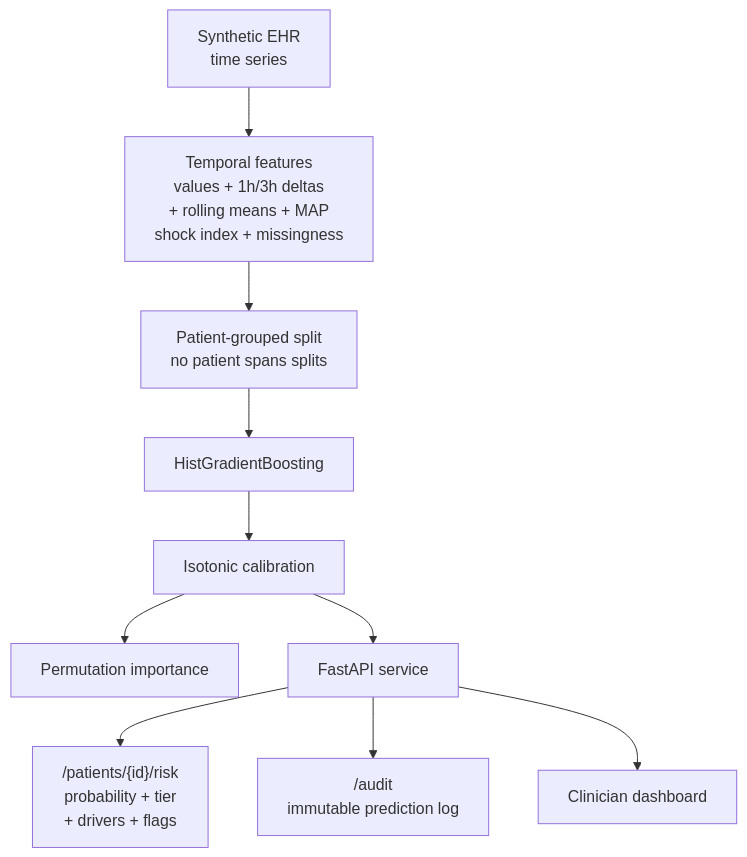
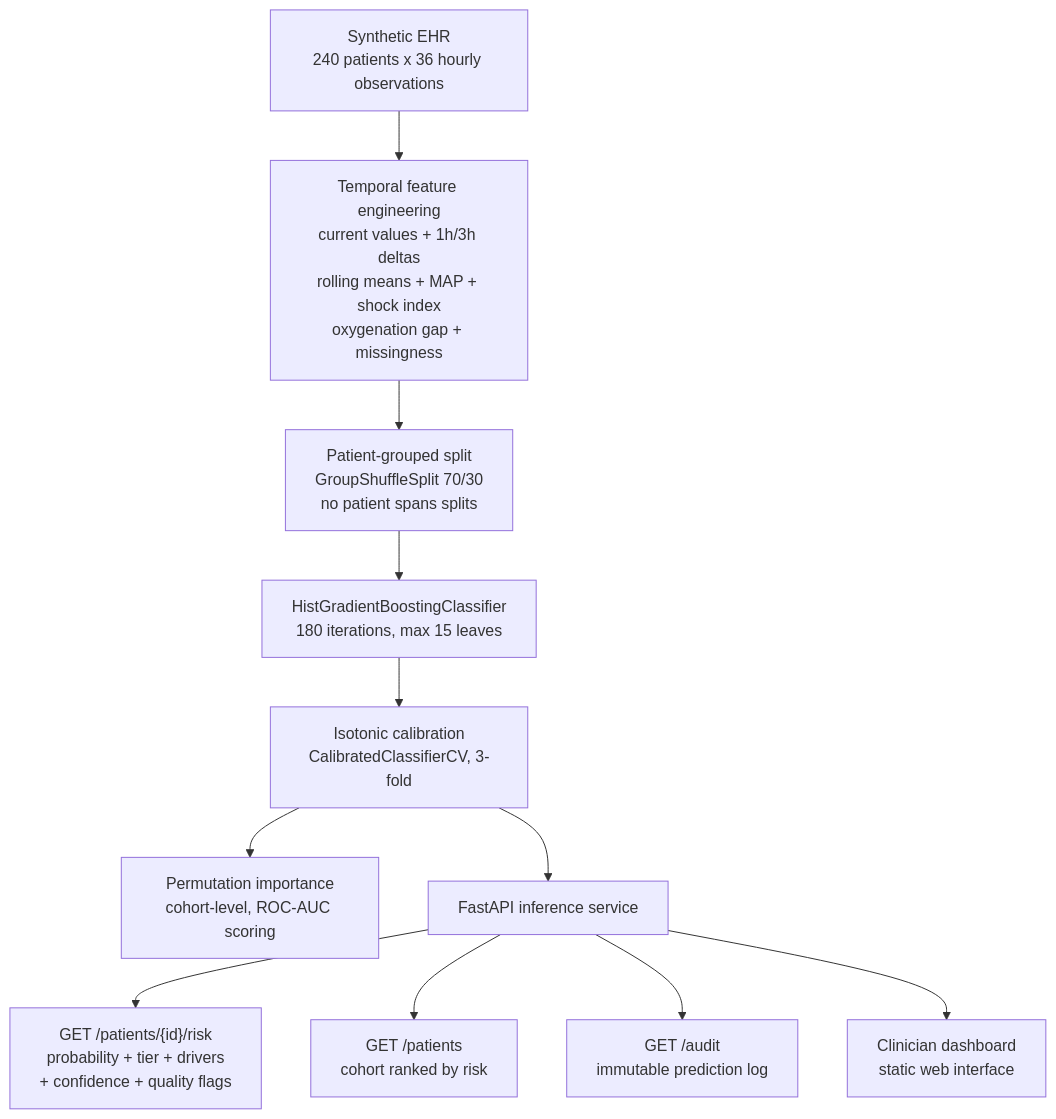
One commit to MinuuLakshmi17/clinical-deterioration-ews changed the diagram in README.md. Above: the diagram before and after it, drawn with Mermaid. The commit also changed other lines of this file, not shown here.

````diff
--- a/README.md
+++ b/README.md
@@ -49,12 +79,13 @@
 ```mermaid
 flowchart TD
-    SYN[Synthetic EHR<br/>time series] --> FE[Temporal features<br/>values + 1h/3h deltas<br/>+ rolling means + MAP<br/>shock index + missingness]
-    FE --> SPLIT[Patient-grouped split<br/>no patient spans splits]
-    SPLIT --> GB[HistGradientBoosting]
-    GB --> CAL[Isotonic calibration]
-    CAL --> IMP[Permutation importance]
-    CAL --> API[FastAPI service]
-    API --> RISK["/patients/{id}/risk<br/>probability + tier<br/>+ drivers + flags"]
-    API --> AUDIT["/audit<br/>immutable prediction log"]
-    API --> DASH[Clinician dashboard]
+    SYN[Synthetic EHR<br/>240 patients x 36 hourly observations] --> FE[Temporal feature engineering<br/>current values + 1h/3h deltas<br/>rolling means + MAP + shock index<br/>oxygenation gap + missingness]
+    FE --> SPLIT[Patient-grouped split<br/>GroupShuffleSplit 70/30<br/>no patient spans splits]
+    SPLIT --> GB[HistGradientBoostingClassifier<br/>180 iterations, max 15 leaves]
+    GB --> CAL[Isotonic calibration<br/>CalibratedClassifierCV, 3-fold]
+    CAL --> IMP[Permutation importance<br/>cohort-level, ROC-AUC scoring]
+    CAL --> API[FastAPI inference service]
+    API --> RISK["GET /patients/{id}/risk<br/>probability + tier + drivers<br/>+ confidence + quality flags"]
+    API --> LIST["GET /patients<br/>cohort ranked by risk"]
+    API --> AUDIT["GET /audit<br/>immutable prediction log"]
+    API --> DASH[Clinician dashboard<br/>static web interface]
 ```
````
